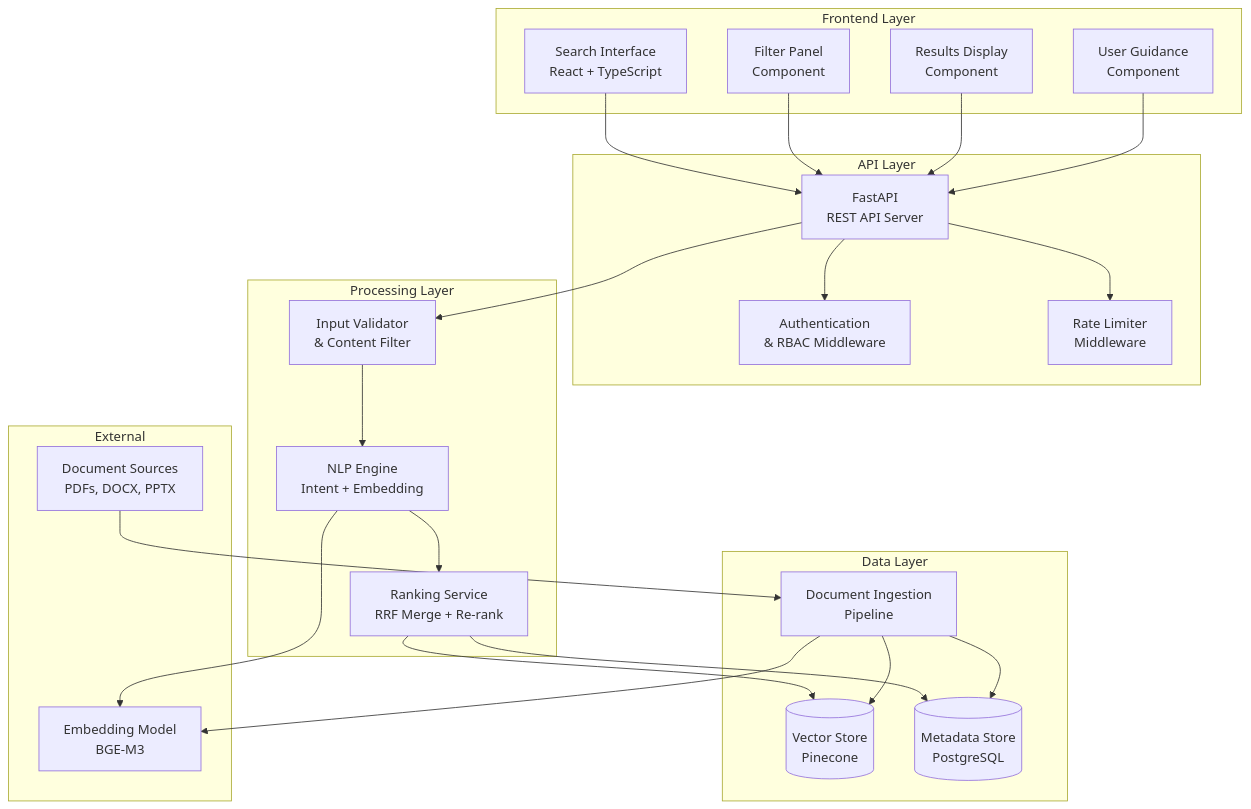
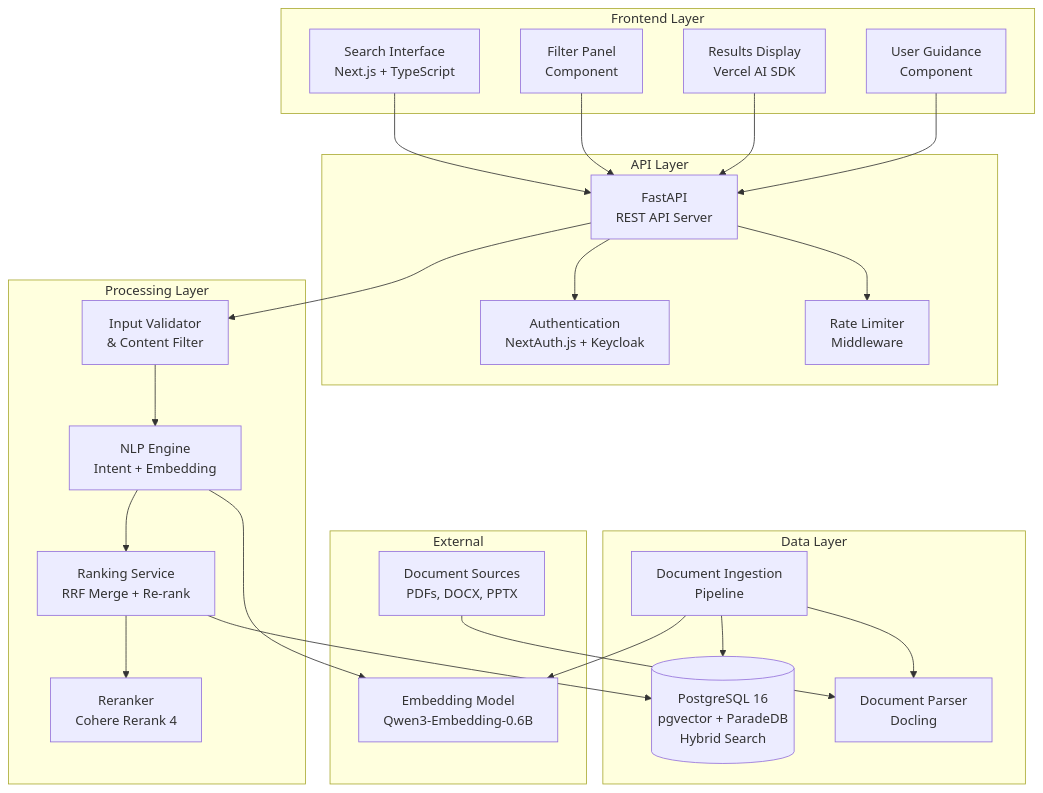
Before and after one commit to FlyM1ss/capstone-project: the fourth of 5 diagrams in software-engineering/Software_Engineering_Draft.md, drawn with Mermaid. The commit also changed other lines of this file and 14 other files, not shown here.

````diff
--- a/software-engineering/Software_Engineering_Draft.md
+++ b/software-engineering/Software_Engineering_Draft.md
@@ -214,49 +217,50 @@
 ```mermaid
 graph TB
     subgraph "Frontend Layer"
-        UI[Search Interface<br/>React + TypeScript]
+        UI[Search Interface<br/>Next.js + TypeScript]
         Filter[Filter Panel<br/>Component]
-        Results[Results Display<br/>Component]
+        Results[Results Display<br/>Vercel AI SDK]
         Guidance[User Guidance<br/>Component]
     end
 
     subgraph "API Layer"
         API[FastAPI<br/>REST API Server]
-        Auth[Authentication<br/>& RBAC Middleware]
+        Auth[Authentication<br/>NextAuth.js + Keycloak]
         RateLimit[Rate Limiter<br/>Middleware]
     end
 
     subgraph "Processing Layer"
         InputVal[Input Validator<br/>& Content Filter]
         NLPEngine[NLP Engine<br/>Intent + Embedding]
+        Reranker[Reranker<br/>Cohere Rerank 4]
         Ranker[Ranking Service<br/>RRF Merge + Re-rank]
     end
 
     subgraph "Data Layer"
-        VectorDB[(Vector Store<br/>Pinecone)]
-        MetadataDB[(Metadata Store<br/>PostgreSQL)]
+        UnifiedDB[(PostgreSQL 16<br/>pgvector + ParadeDB<br/>Hybrid Search)]
         Ingestion[Document Ingestion<br/>Pipeline]
+        DocParser[Document Parser<br/>Docling]
     end
 
     subgraph "External"
-        EmbedModel[Embedding Model<br/>BGE-M3]
+        EmbedModel[Embedding Model<br/>Qwen3-Embedding-0.6B]
         DocSource[Document Sources<br/>PDFs, DOCX, PPTX]
     end
 
     UI --> API
     Filter --> API
     Results --> API
     Guidance --> API
     API --> Auth
     API --> RateLimit
     API --> InputVal
     InputVal --> NLPEngine
     NLPEngine --> EmbedModel
     NLPEngine --> Ranker
-    Ranker --> VectorDB
-    Ranker --> MetadataDB
-    Ingestion --> VectorDB
-    Ingestion --> MetadataDB
+    Ranker --> UnifiedDB
+    Ranker --> Reranker
+    Ingestion --> UnifiedDB
     Ingestion --> EmbedModel
-    DocSource --> Ingestion
+    Ingestion --> DocParser
+    DocSource --> DocParser
 ```
````
